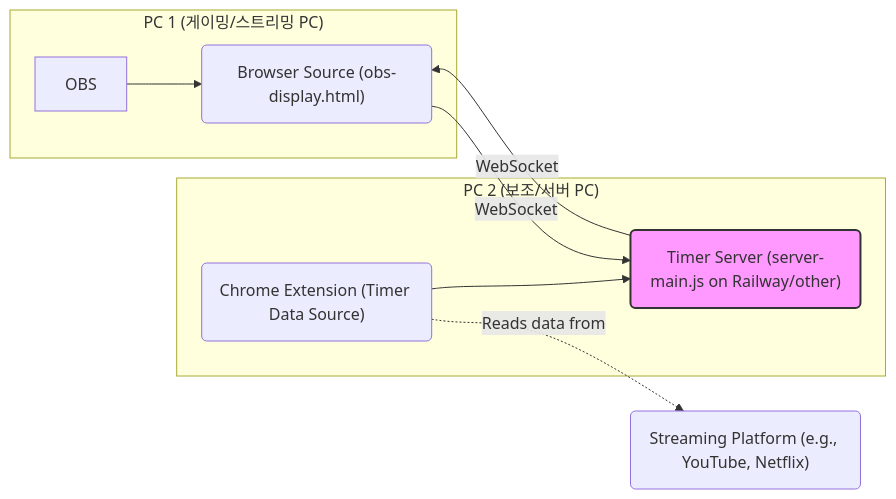
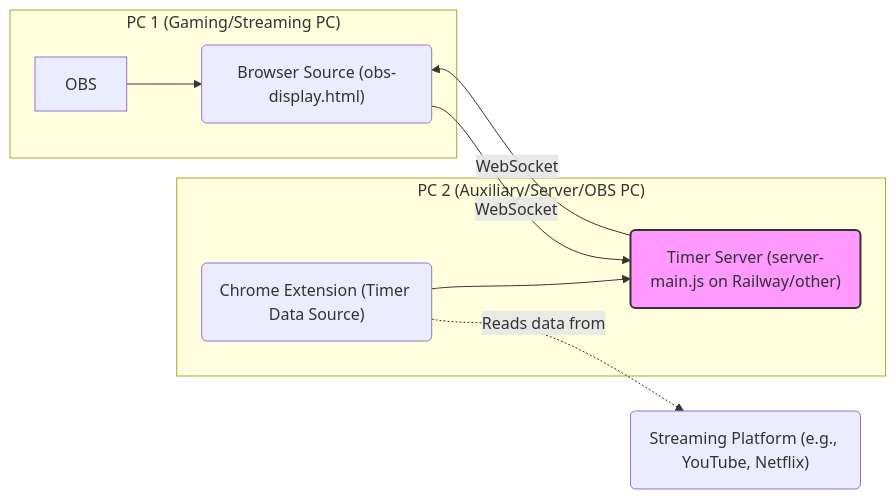
One commit to june-oh/obs-watch-party changed the second of 2 diagrams in README.en.md. Above: the diagram before and after it, drawn with Mermaid.

````diff
--- a/README.en.md
+++ b/README.en.md
@@ -49,17 +49,17 @@
 ```mermaid
 graph LR;
-  subgraph "PC 1 (게이밍/스트리밍 PC)";
+  subgraph "PC 1 (Gaming/Streaming PC)";
     OBS --> BSource("Browser Source (obs-display.html)");  
   end;
 
-  subgraph "PC 2 (보조/서버 PC)";
+  subgraph "PC 2 (Auxiliary/Server/OBS PC)";
     ChromeExt("Chrome Extension (Timer Data Source)") --> TimerServer("Timer Server (server-main.js on Railway/other)");  
   end;
 
   StreamingPlatform("Streaming Platform (e.g., YouTube, Netflix)");  
   ChromeExt -.->|Reads data from| StreamingPlatform;  
   TimerServer -- WebSocket --> BSource;  
   BSource -- WebSocket --> TimerServer;  
 
   style TimerServer fill:#f9f,stroke:#333,stroke-width:2px;  
 ```
````
